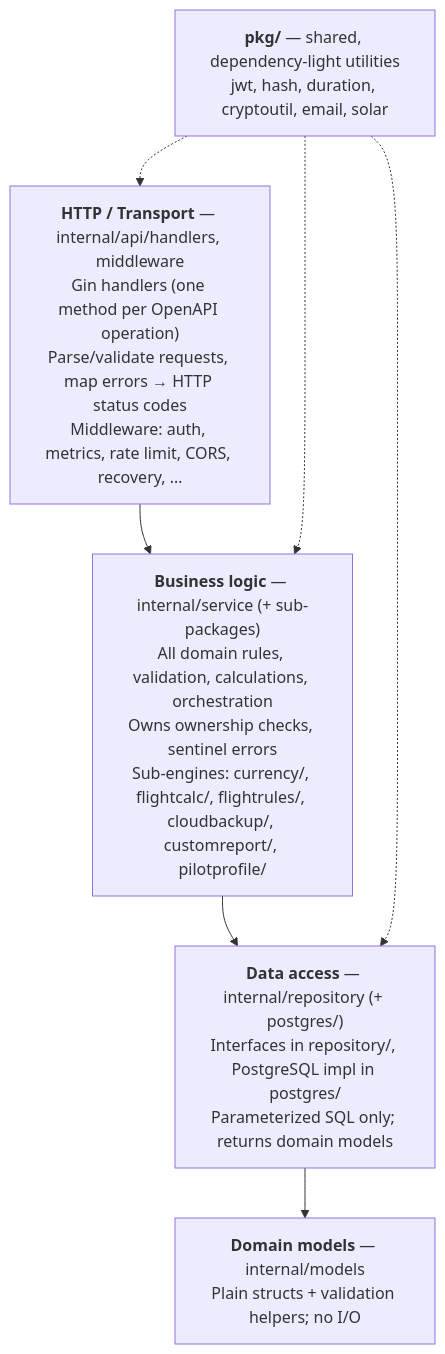
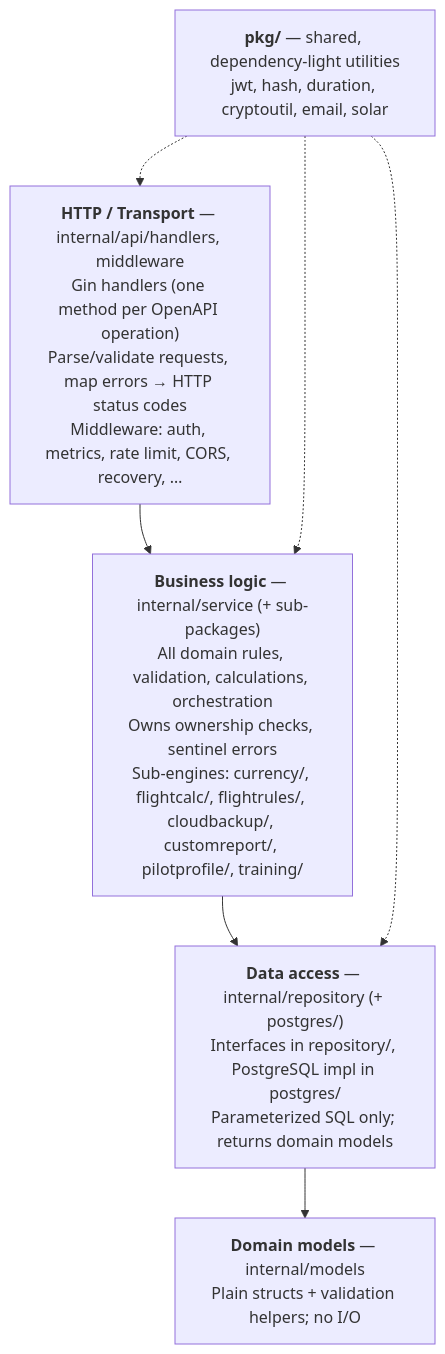
One commit to fjaeckel/ninerlog-api changed the first of 3 diagrams in docs/ARCHITECTURE.md. Above: the diagram before and after it, drawn with Mermaid. The commit also changed other lines of this file and 29 other files, not shown here.

````diff
--- a/docs/ARCHITECTURE.md
+++ b/docs/ARCHITECTURE.md
@@ -13,13 +13,13 @@
 ```mermaid
 flowchart TD
     H["<b>HTTP / Transport</b> — internal/api/handlers, middleware<br/>Gin handlers (one method per OpenAPI operation)<br/>Parse/validate requests, map errors → HTTP status codes<br/>Middleware: auth, metrics, rate limit, CORS, recovery, …"]
-    S["<b>Business logic</b> — internal/service (+ sub-packages)<br/>All domain rules, validation, calculations, orchestration<br/>Owns ownership checks, sentinel errors<br/>Sub-engines: currency/, flightcalc/, flightrules/, cloudbackup/, customreport/, pilotprofile/"]
+    S["<b>Business logic</b> — internal/service (+ sub-packages)<br/>All domain rules, validation, calculations, orchestration<br/>Owns ownership checks, sentinel errors<br/>Sub-engines: currency/, flightcalc/, flightrules/, cloudbackup/, customreport/, pilotprofile/, training/"]
     R["<b>Data access</b> — internal/repository (+ postgres/)<br/>Interfaces in repository/, PostgreSQL impl in postgres/<br/>Parameterized SQL only; returns domain models"]
     M["<b>Domain models</b> — internal/models<br/>Plain structs + validation helpers; no I/O"]
     P["<b>pkg/</b> — shared, dependency-light utilities<br/>jwt, hash, duration, cryptoutil, email, solar"]
 
     H --> S --> R --> M
     P -.-> H
     P -.-> S
     P -.-> R
 ```
````
